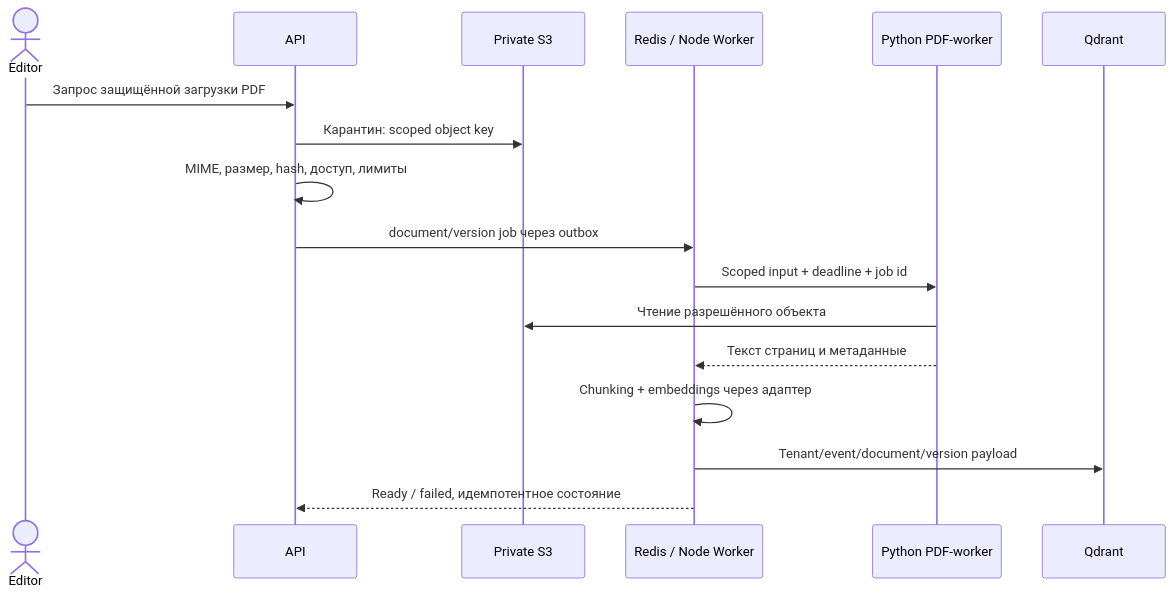
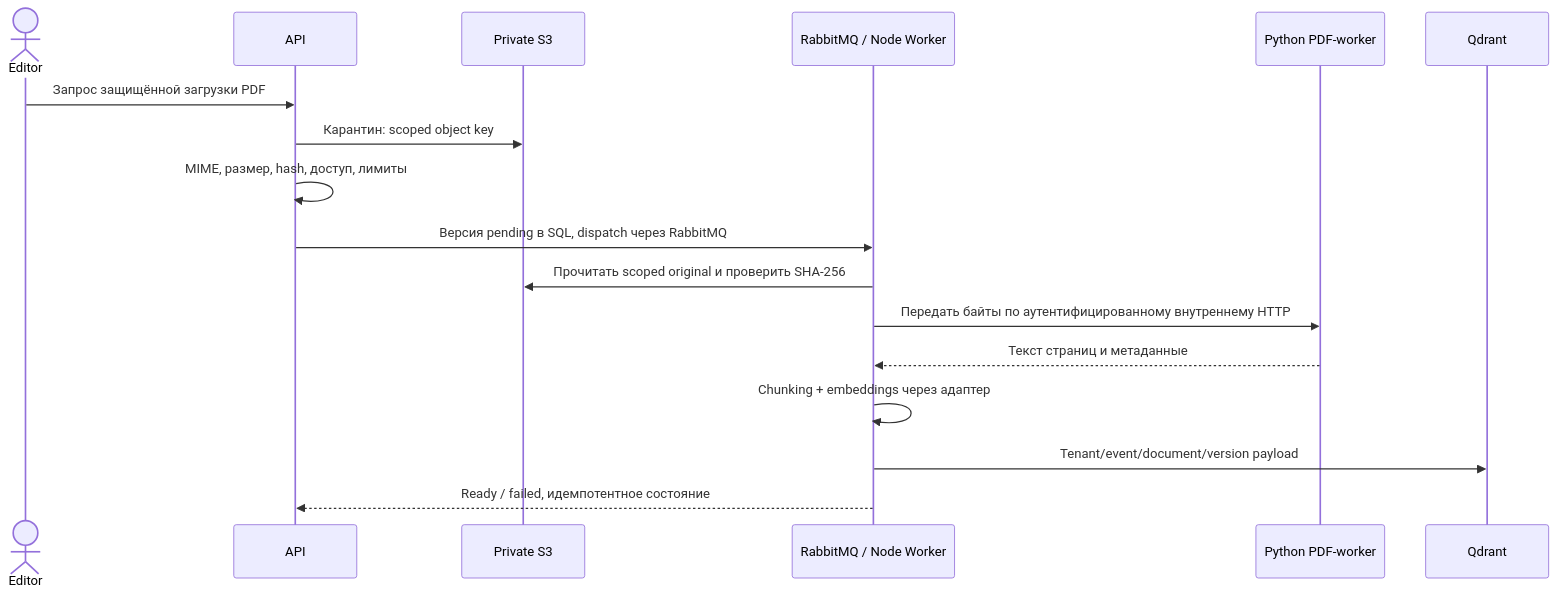
Before and after one commit to Feruum/OpenFacto: the sixth of 8 diagrams in docs/openfacto/ARCHITECTURE.md, drawn with Mermaid. The commit also changed other lines of this file and 1379 other files, not shown here.

````diff
--- a/docs/openfacto/ARCHITECTURE.md
+++ b/docs/openfacto/ARCHITECTURE.md
@@ -89,19 +158,19 @@
 ```mermaid
 sequenceDiagram
   actor Editor
   participant API
   participant S3 as Private S3
-  participant Q as Redis / Node Worker
+  participant Q as RabbitMQ / Node Worker
   participant PDF as Python PDF-worker
   participant QD as Qdrant
   Editor->>API: Запрос защищённой загрузки PDF
   API->>S3: Карантин: scoped object key
   API->>API: MIME, размер, hash, доступ, лимиты
-  API->>Q: document/version job через outbox
-  Q->>PDF: Scoped input + deadline + job id
-  PDF->>S3: Чтение разрешённого объекта
+  API->>Q: Версия pending в SQL, dispatch через RabbitMQ
+  Q->>S3: Прочитать scoped original и проверить SHA-256
+  Q->>PDF: Передать байты по аутентифицированному внутреннему HTTP
   PDF-->>Q: Текст страниц и метаданные
   Q->>Q: Chunking + embeddings через адаптер
   Q->>QD: Tenant/event/document/version payload
   Q-->>API: Ready / failed, идемпотентное состояние
 ```
````
